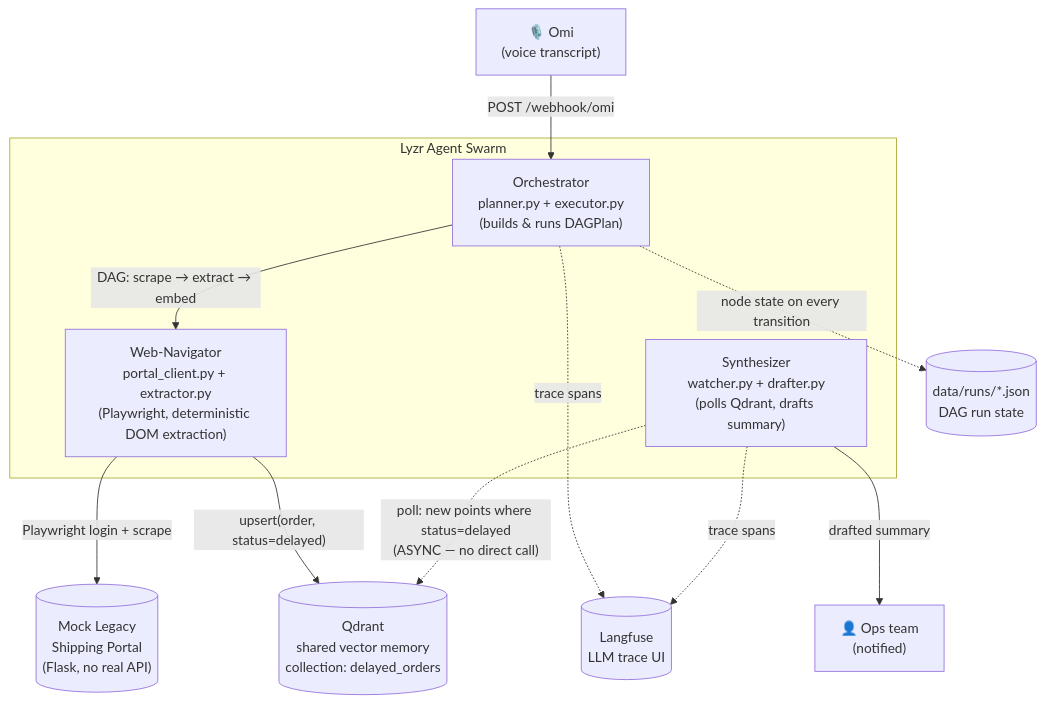
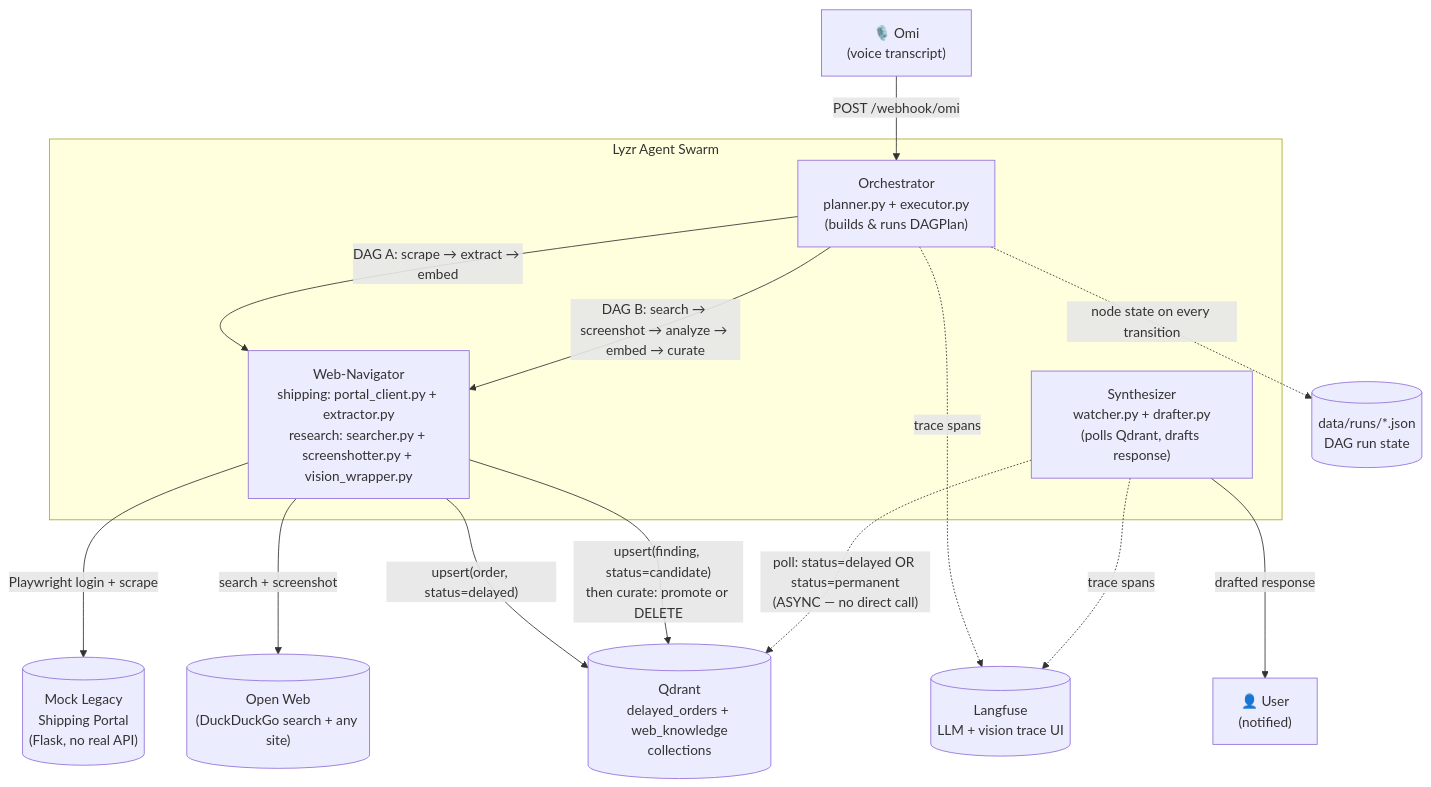
Before and after one commit to Oruwe/Synthetic.API: the diagram in README.md, drawn with Mermaid. The commit also changed other lines of this file and 33 other files, not shown here.

````diff
--- a/README.md
+++ b/README.md
@@ -15,26 +24,30 @@
 ```mermaid
 flowchart TD
     Omi["🎙️ Omi\n(voice transcript)"] -->|POST /webhook/omi| Orchestrator
 
     subgraph Lyzr Agent Swarm
         Orchestrator["Orchestrator\nplanner.py + executor.py\n(builds & runs DAGPlan)"]
-        WebNav["Web-Navigator\nportal_client.py + extractor.py\n(Playwright, deterministic DOM extraction)"]
-        Synth["Synthesizer\nwatcher.py + drafter.py\n(polls Qdrant, drafts summary)"]
+        WebNav["Web-Navigator\nshipping: portal_client.py + extractor.py\nresearch: searcher.py + screenshotter.py + vision_wrapper.py"]
+        Synth["Synthesizer\nwatcher.py + drafter.py\n(polls Qdrant, drafts response)"]
     end
 
     Portal[("Mock Legacy\nShipping Portal\n(Flask, no real API)")]
-    Qdrant[("Qdrant\nshared vector memory\ncollection: delayed_orders")]
-    Langfuse[("Langfuse\nLLM trace UI")]
+    OpenWeb[("Open Web\n(DuckDuckGo search + any site)")]
+    Qdrant[("Qdrant\ndelayed_orders + web_knowledge\ncollections")]
+    Langfuse[("Langfuse\nLLM + vision trace UI")]
     RunStore[("data/runs/*.json\nDAG run state")]
-    User["👤 Ops team\n(notified)"]
+    User["👤 User\n(notified)"]
 
-    Orchestrator -->|DAG: scrape → extract → embed| WebNav
+    Orchestrator -->|"DAG A: scrape → extract → embed"| WebNav
+    Orchestrator -->|"DAG B: search → screenshot → analyze → embed → curate"| WebNav
     WebNav -->|Playwright login + scrape| Portal
+    WebNav -->|search + screenshot| OpenWeb
     WebNav -->|"upsert(order, status=delayed)"| Qdrant
-    Synth -.->|"poll: new points where status=delayed\n(ASYNC — no direct call)"| Qdrant
-    Synth -->|drafted summary| User
+    WebNav -->|"upsert(finding, status=candidate)\nthen curate: promote or DELETE"| Qdrant
+    Synth -.->|"poll: status=delayed OR status=permanent\n(ASYNC — no direct call)"| Qdrant
+    Synth -->|drafted response| User
 
     Orchestrator -.->|node state on every transition| RunStore
     Orchestrator -.->|trace spans| Langfuse
     Synth -.->|trace spans| Langfuse
 ```
````
